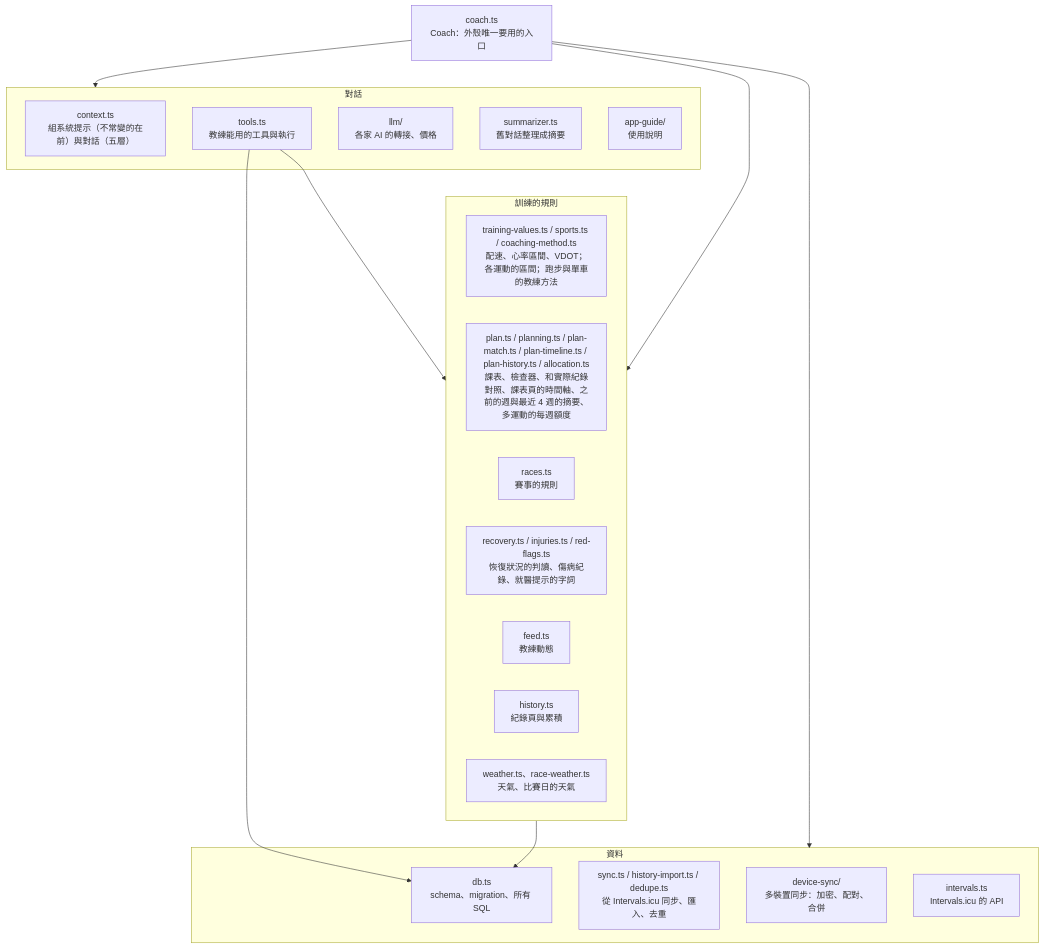
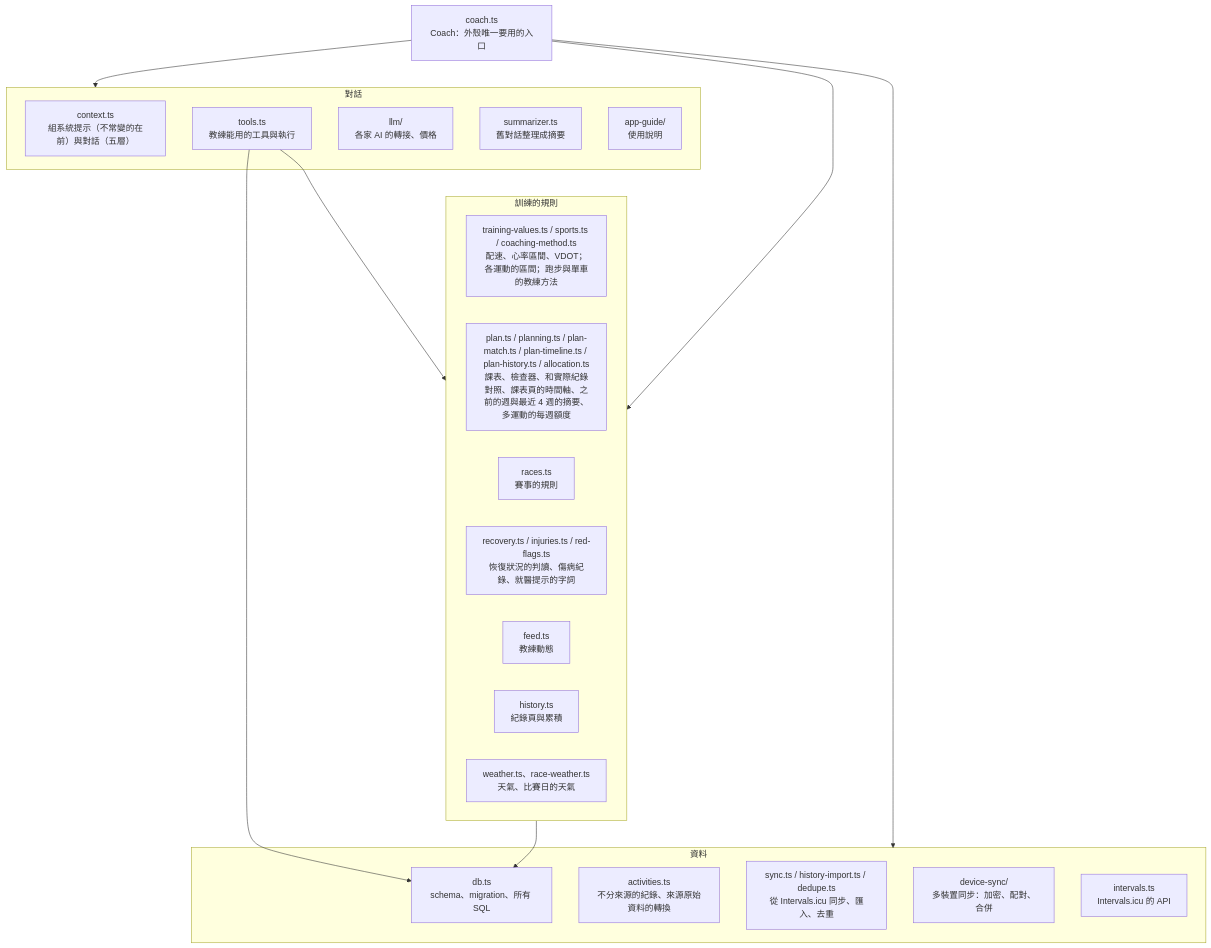
One commit to williampcs/RunningCoach changed the second of 5 diagrams in doc/architecture.md. Above: the diagram before and after it, drawn with Mermaid. The commit also changed other lines of this file and 13 other files, not shown here.

````diff
--- a/doc/architecture.md
+++ b/doc/architecture.md
@@ -83,32 +83,33 @@
 ```mermaid
 flowchart TB
   coach["coach.ts<br/>Coach：外殼唯一要用的入口"]
   subgraph talk["對話"]
     context["context.ts<br/>組系統提示（不常變的在前）與對話（五層）"]
     tools["tools.ts<br/>教練能用的工具與執行"]
     llm["llm/<br/>各家 AI 的轉接、價格"]
     summarizer["summarizer.ts<br/>舊對話整理成摘要"]
     guide["app-guide/<br/>使用說明"]
   end
   subgraph domain["訓練的規則"]
     tv["training-values.ts / sports.ts / coaching-method.ts<br/>配速、心率區間、VDOT；各運動的區間；跑步與單車的教練方法"]
     plan["plan.ts / planning.ts / plan-match.ts / plan-timeline.ts / plan-history.ts / allocation.ts<br/>課表、檢查器、和實際紀錄對照、課表頁的時間軸、之前的週與最近 4 週的摘要、多運動的每週額度"]
     races["races.ts<br/>賽事的規則"]
     recovery["recovery.ts / injuries.ts / red-flags.ts<br/>恢復狀況的判讀、傷病紀錄、就醫提示的字詞"]
     feed["feed.ts<br/>教練動態"]
     history["history.ts<br/>紀錄頁與累積"]
     weather["weather.ts、race-weather.ts<br/>天氣、比賽日的天氣"]
   end
   subgraph data["資料"]
     db["db.ts<br/>schema、migration、所有 SQL"]
+    acts["activities.ts<br/>不分來源的紀錄、來源原始資料的轉換"]
     sync["sync.ts / history-import.ts / dedupe.ts<br/>從 Intervals.icu 同步、匯入、去重"]
     ds["device-sync/<br/>多裝置同步：加密、配對、合併"]
     icu["intervals.ts<br/>Intervals.icu 的 API"]
   end
   coach --> talk
   coach --> domain
   coach --> data
   tools --> domain
   tools --> db
   domain --> db
 ```
````
